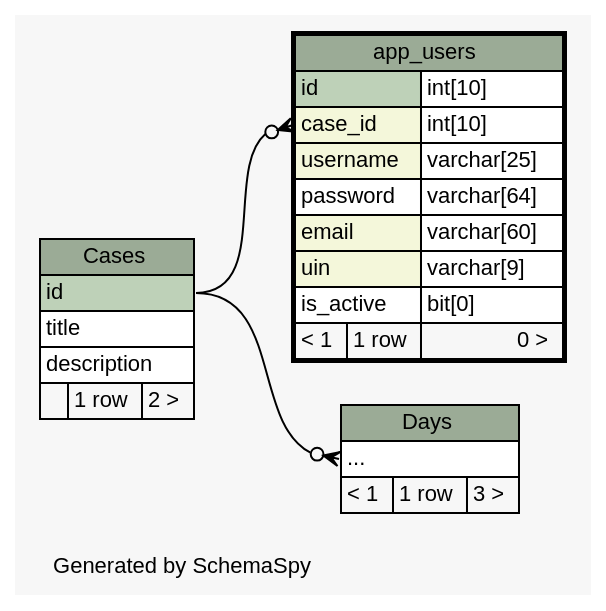
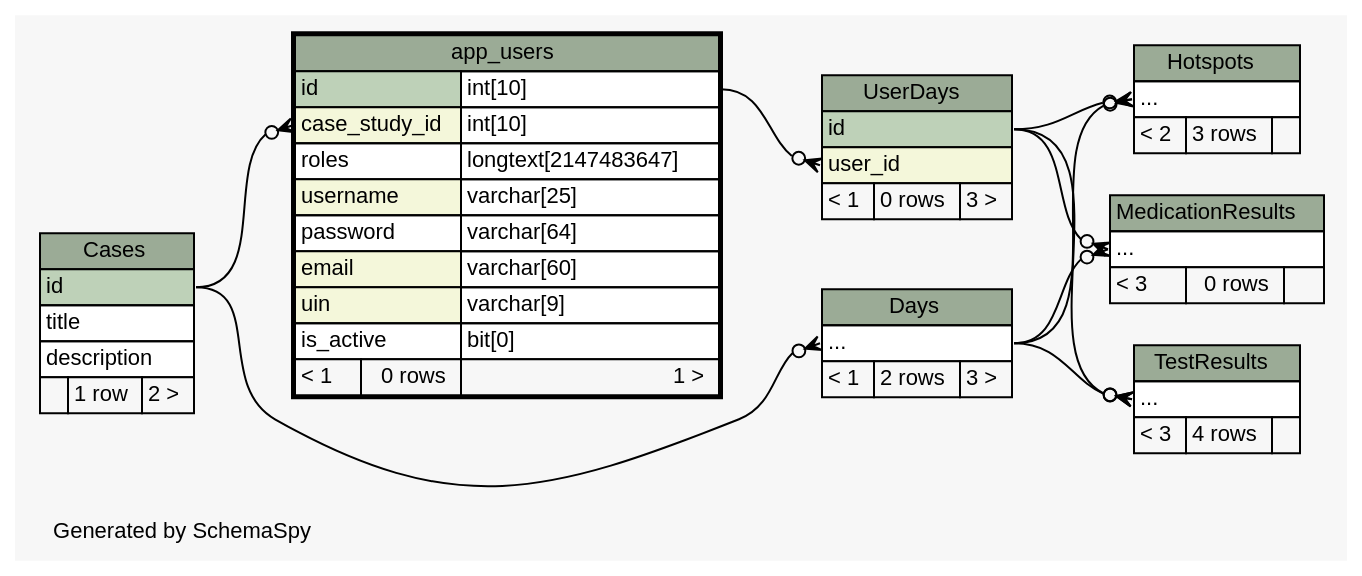
The diagram in web/files/schema/diagrams/app_users.2degrees.dot (carrel2/CaseStudies), drawn with Graphviz before and after one commit. The commit also changed 88 other files, not shown here.

Commit message:
Add table to store user input, for use to compare with original case and review after completion

```diff
--- a/web/files/schema/diagrams/app_users.2degrees.dot
+++ b/web/files/schema/diagrams/app_users.2degrees.dot
@@ -1,62 +1,111 @@
-// dot 2.38.0 on Linux 4.4.0-62-generic
+// dot 2.38.0 on Linux 4.4.0-64-generic
 // SchemaSpy rev 590
 digraph "twoDegreesRelationshipsDiagram" {
   graph [
     rankdir="RL"
     bgcolor="#f7f7f7"
     label="\nGenerated by SchemaSpy"
     labeljust="l"
     nodesep="0.18"
     ranksep="0.46"
     fontname="Helvetica"
     fontsize="11"
   ];
   node [
     fontname="Helvetica"
     fontsize="11"
     shape="plaintext"
   ];
   edge [
     arrowsize="0.8"
   ];
-  "app_users":"case_id":w -> "Cases":"id":e [arrowhead=none dir=back arrowtail=crowodot];
+  "app_users":"case_study_id":w -> "Cases":"id":e [arrowhead=none dir=back arrowtail=crowodot];
   "Days":"elipses":w -> "Cases":"id":e [arrowhead=none dir=back arrowtail=crowodot];
+  "Hotspots":"elipses":w -> "Days":"elipses":e [arrowhead=none dir=back arrowtail=crowodot];
+  "Hotspots":"elipses":w -> "UserDays":"id":e [arrowhead=none dir=back arrowtail=crowodot];
+  "MedicationResults":"elipses":w -> "Days":"elipses":e [arrowhead=none dir=back arrowtail=crowodot];
+  "MedicationResults":"elipses":w -> "UserDays":"id":e [arrowhead=none dir=back arrowtail=crowodot];
+  "TestResults":"elipses":w -> "Days":"elipses":e [arrowhead=none dir=back arrowtail=crowodot];
+  "TestResults":"elipses":w -> "UserDays":"id":e [arrowhead=none dir=back arrowtail=crowodot];
+  "UserDays":"user_id":w -> "app_users":"id.type":e [arrowhead=none dir=back arrowtail=crowodot];
   "app_users" [
     label=<
     <TABLE BORDER="2" CELLBORDER="1" CELLSPACING="0" BGCOLOR="#ffffff">
       <TR><TD COLSPAN="3" BGCOLOR="#9bab96" ALIGN="CENTER">app_users</TD></TR>
       <TR><TD PORT="id" COLSPAN="2" BGCOLOR="#bed1b8" ALIGN="LEFT">id</TD><TD PORT="id.type" ALIGN="LEFT">int[10]</TD></TR>
-      <TR><TD PORT="case_id" COLSPAN="2" BGCOLOR="#f4f7da" ALIGN="LEFT">case_id</TD><TD PORT="case_id.type" ALIGN="LEFT">int[10]</TD></TR>
+      <TR><TD PORT="case_study_id" COLSPAN="2" BGCOLOR="#f4f7da" ALIGN="LEFT">case_study_id</TD><TD PORT="case_study_id.type" ALIGN="LEFT">int[10]</TD></TR>
+      <TR><TD PORT="roles" COLSPAN="2" ALIGN="LEFT">roles</TD><TD PORT="roles.type" ALIGN="LEFT">longtext[2147483647]</TD></TR>
       <TR><TD PORT="username" COLSPAN="2" BGCOLOR="#f4f7da" ALIGN="LEFT">username</TD><TD PORT="username.type" ALIGN="LEFT">varchar[25]</TD></TR>
       <TR><TD PORT="password" COLSPAN="2" ALIGN="LEFT">password</TD><TD PORT="password.type" ALIGN="LEFT">varchar[64]</TD></TR>
       <TR><TD PORT="email" COLSPAN="2" BGCOLOR="#f4f7da" ALIGN="LEFT">email</TD><TD PORT="email.type" ALIGN="LEFT">varchar[60]</TD></TR>
       <TR><TD PORT="uin" COLSPAN="2" BGCOLOR="#f4f7da" ALIGN="LEFT">uin</TD><TD PORT="uin.type" ALIGN="LEFT">varchar[9]</TD></TR>
       <TR><TD PORT="is_active" COLSPAN="2" ALIGN="LEFT">is_active</TD><TD PORT="is_active.type" ALIGN="LEFT">bit[0]</TD></TR>
-      <TR><TD ALIGN="LEFT" BGCOLOR="#f7f7f7">&lt; 1</TD><TD ALIGN="RIGHT" BGCOLOR="#f7f7f7">1 row</TD><TD ALIGN="RIGHT" BGCOLOR="#f7f7f7">0 &gt;</TD></TR>
+      <TR><TD ALIGN="LEFT" BGCOLOR="#f7f7f7">&lt; 1</TD><TD ALIGN="RIGHT" BGCOLOR="#f7f7f7">0 rows</TD><TD ALIGN="RIGHT" BGCOLOR="#f7f7f7">1 &gt;</TD></TR>
     </TABLE>>
     URL="app_users.html"
     tooltip="app_users"
   ];
   "Cases" [
     label=<
     <TABLE BORDER="0" CELLBORDER="1" CELLSPACING="0" BGCOLOR="#ffffff">
       <TR><TD COLSPAN="3" BGCOLOR="#9bab96" ALIGN="CENTER">Cases</TD></TR>
       <TR><TD PORT="id" COLSPAN="3" BGCOLOR="#bed1b8" ALIGN="LEFT">id</TD></TR>
       <TR><TD PORT="title" COLSPAN="3" ALIGN="LEFT">title</TD></TR>
       <TR><TD PORT="description" COLSPAN="3" ALIGN="LEFT">description</TD></TR>
       <TR><TD ALIGN="LEFT" BGCOLOR="#f7f7f7">  </TD><TD ALIGN="RIGHT" BGCOLOR="#f7f7f7">1 row</TD><TD ALIGN="RIGHT" BGCOLOR="#f7f7f7">2 &gt;</TD></TR>
     </TABLE>>
     URL="Cases.html"
     tooltip="Cases"
   ];
   "Days" [
     label=<
     <TABLE BORDER="0" CELLBORDER="1" CELLSPACING="0" BGCOLOR="#ffffff">
       <TR><TD COLSPAN="3" BGCOLOR="#9bab96" ALIGN="CENTER">Days</TD></TR>
       <TR><TD PORT="elipses" COLSPAN="3" ALIGN="LEFT">...</TD></TR>
-      <TR><TD ALIGN="LEFT" BGCOLOR="#f7f7f7">&lt; 1</TD><TD ALIGN="RIGHT" BGCOLOR="#f7f7f7">1 row</TD><TD ALIGN="RIGHT" BGCOLOR="#f7f7f7">3 &gt;</TD></TR>
+      <TR><TD ALIGN="LEFT" BGCOLOR="#f7f7f7">&lt; 1</TD><TD ALIGN="RIGHT" BGCOLOR="#f7f7f7">2 rows</TD><TD ALIGN="RIGHT" BGCOLOR="#f7f7f7">3 &gt;</TD></TR>
     </TABLE>>
     URL="Days.html"
     tooltip="Days"
   ];
+  "Hotspots" [
+    label=<
+    <TABLE BORDER="0" CELLBORDER="1" CELLSPACING="0" BGCOLOR="#ffffff">
+      <TR><TD COLSPAN="3" BGCOLOR="#9bab96" ALIGN="CENTER">Hotspots</TD></TR>
+      <TR><TD PORT="elipses" COLSPAN="3" ALIGN="LEFT">...</TD></TR>
+      <TR><TD ALIGN="LEFT" BGCOLOR="#f7f7f7">&lt; 2</TD><TD ALIGN="RIGHT" BGCOLOR="#f7f7f7">3 rows</TD><TD ALIGN="RIGHT" BGCOLOR="#f7f7f7">  </TD></TR>
+    </TABLE>>
+    URL="Hotspots.html"
+    tooltip="Hotspots"
+  ];
+  "MedicationResults" [
+    label=<
+    <TABLE BORDER="0" CELLBORDER="1" CELLSPACING="0" BGCOLOR="#ffffff">
+      <TR><TD COLSPAN="3" BGCOLOR="#9bab96" ALIGN="CENTER">MedicationResults</TD></TR>
+      <TR><TD PORT="elipses" COLSPAN="3" ALIGN="LEFT">...</TD></TR>
+      <TR><TD ALIGN="LEFT" BGCOLOR="#f7f7f7">&lt; 3</TD><TD ALIGN="RIGHT" BGCOLOR="#f7f7f7">0 rows</TD><TD ALIGN="RIGHT" BGCOLOR="#f7f7f7">  </TD></TR>
+    </TABLE>>
+    URL="MedicationResults.html"
+    tooltip="MedicationResults"
+  ];
+  "TestResults" [
+    label=<
+    <TABLE BORDER="0" CELLBORDER="1" CELLSPACING="0" BGCOLOR="#ffffff">
+      <TR><TD COLSPAN="3" BGCOLOR="#9bab96" ALIGN="CENTER">TestResults</TD></TR>
+      <TR><TD PORT="elipses" COLSPAN="3" ALIGN="LEFT">...</TD></TR>
+      <TR><TD ALIGN="LEFT" BGCOLOR="#f7f7f7">&lt; 3</TD><TD ALIGN="RIGHT" BGCOLOR="#f7f7f7">4 rows</TD><TD ALIGN="RIGHT" BGCOLOR="#f7f7f7">  </TD></TR>
+    </TABLE>>
+    URL="TestResults.html"
+    tooltip="TestResults"
+  ];
+  "UserDays" [
+    label=<
+    <TABLE BORDER="0" CELLBORDER="1" CELLSPACING="0" BGCOLOR="#ffffff">
+      <TR><TD COLSPAN="3" BGCOLOR="#9bab96" ALIGN="CENTER">UserDays</TD></TR>
+      <TR><TD PORT="id" COLSPAN="3" BGCOLOR="#bed1b8" ALIGN="LEFT">id</TD></TR>
+      <TR><TD PORT="user_id" COLSPAN="3" BGCOLOR="#f4f7da" ALIGN="LEFT">user_id</TD></TR>
+      <TR><TD ALIGN="LEFT" BGCOLOR="#f7f7f7">&lt; 1</TD><TD ALIGN="RIGHT" BGCOLOR="#f7f7f7">0 rows</TD><TD ALIGN="RIGHT" BGCOLOR="#f7f7f7">3 &gt;</TD></TR>
+    </TABLE>>
+    URL="UserDays.html"
+    tooltip="UserDays"
+  ];
 }
```
